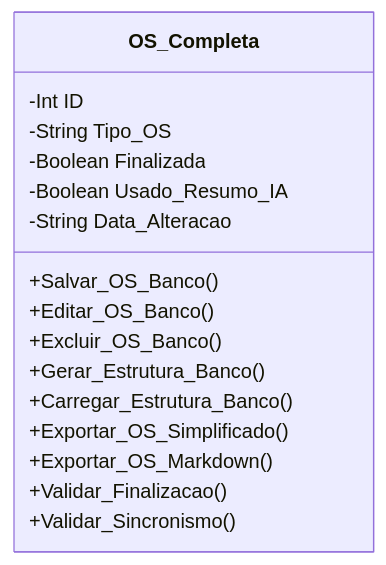
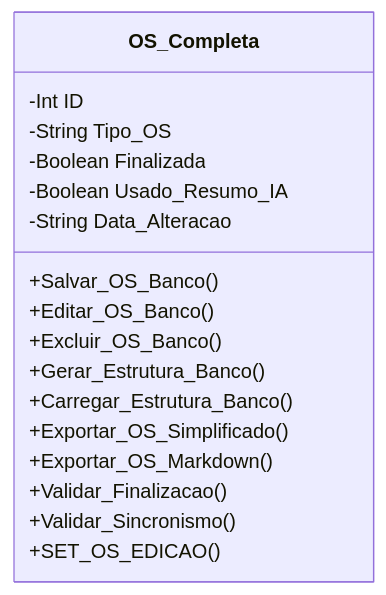
The diagram in DOCUMENTOS/Classe - Ordem de Serviço Completa.md (ETECC-Telecom/ValtObsidian-Script-Moto), drawn with Mermaid before and after one commit. The commit also changed other lines of this file and 8 other files, not shown here.

````diff
--- a/DOCUMENTOS/Classe - Ordem de Serviço Completa.md
+++ b/DOCUMENTOS/Classe - Ordem de Serviço Completa.md
@@ -26,20 +42,23 @@
 ```mermaid
 classDiagram
+
     class OS_Completa{
 		-Int ID
 		-String Tipo_OS
 		-Boolean Finalizada
 		-Boolean Usado_Resumo_IA
 		-String Data_Alteracao
       
 	    +Salvar_OS_Banco()
 		+Editar_OS_Banco()
 		+Excluir_OS_Banco()
 		+Gerar_Estrutura_Banco()
 		+Carregar_Estrutura_Banco()
 		+Exportar_OS_Simplificado()
 		+Exportar_OS_Markdown()
 		+Validar_Finalizacao()
 		+Validar_Sincronismo()
+		
+		+SET_OS_EDICAO()
     }
 ```
````
